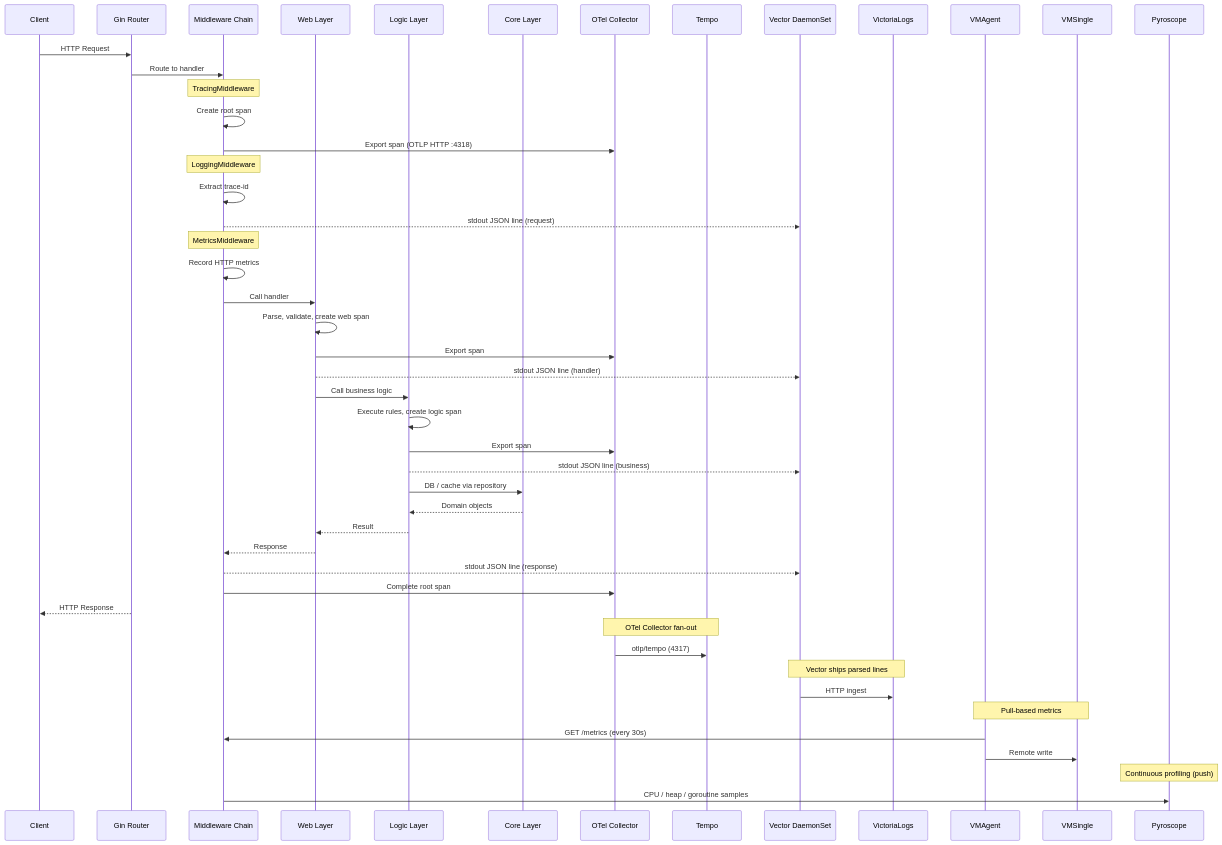
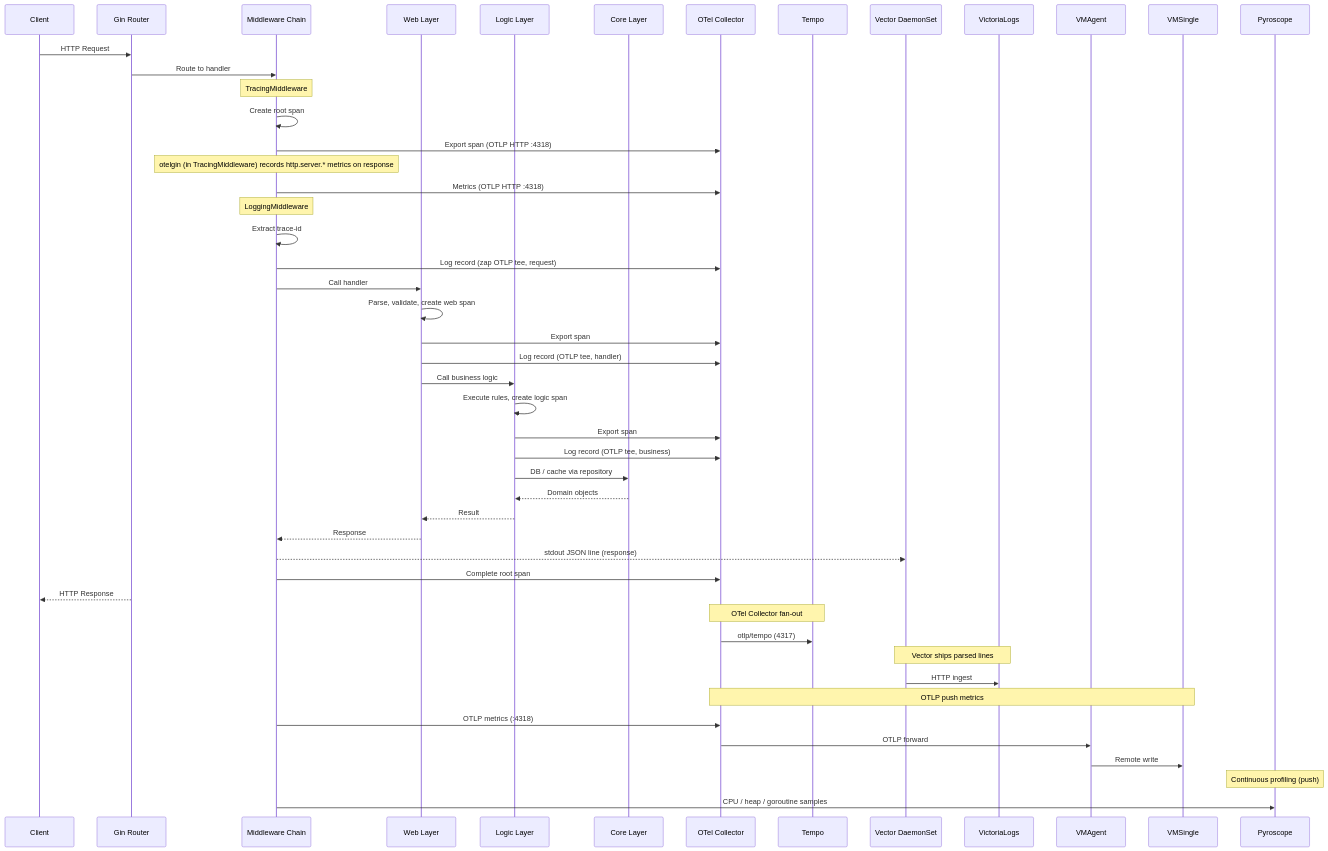
The third of 5 diagrams in docs/observability/README.md (duynhlab/homelab), drawn with Mermaid before and after one commit. The commit also changed other lines of this file and 24 other files, not shown here.

````diff
--- a/docs/observability/README.md
+++ b/docs/observability/README.md
@@ -105,61 +104,62 @@
 ```mermaid
 sequenceDiagram
     participant Client
     participant Gin as Gin Router
     participant MW as Middleware Chain
     participant Web as Web Layer
     participant Logic as Logic Layer
     participant Core as Core Layer
     participant OTel as OTel Collector
     participant Tempo
     participant Vector as Vector DaemonSet
     participant VLogs as VictoriaLogs
     participant VMAgent
     participant VMSingle
     participant Pyro as Pyroscope
 
     Client->>Gin: HTTP Request
     Gin->>MW: Route to handler
 
     Note over MW: TracingMiddleware
     MW->>MW: Create root span
     MW->>OTel: Export span (OTLP HTTP :4318)
 
+    Note over MW: otelgin (in TracingMiddleware) records http.server.* metrics on response
+    MW->>OTel: Metrics (OTLP HTTP :4318)
+
     Note over MW: LoggingMiddleware
     MW->>MW: Extract trace-id
-    MW-->>Vector: stdout JSON line (request)
-
-    Note over MW: MetricsMiddleware
-    MW->>MW: Record HTTP metrics
+    MW->>OTel: Log record (zap OTLP tee, request)
 
     MW->>Web: Call handler
     Web->>Web: Parse, validate, create web span
     Web->>OTel: Export span
-    Web-->>Vector: stdout JSON line (handler)
+    Web->>OTel: Log record (OTLP tee, handler)
     Web->>Logic: Call business logic
 
     Logic->>Logic: Execute rules, create logic span
     Logic->>OTel: Export span
-    Logic-->>Vector: stdout JSON line (business)
+    Logic->>OTel: Log record (OTLP tee, business)
     Logic->>Core: DB / cache via repository
     Core-->>Logic: Domain objects
 
     Logic-->>Web: Result
     Web-->>MW: Response
     MW-->>Vector: stdout JSON line (response)
     MW->>OTel: Complete root span
     Gin-->>Client: HTTP Response
 
     Note over OTel,Tempo: OTel Collector fan-out
     OTel->>Tempo: otlp/tempo (4317)
 
     Note over Vector,VLogs: Vector ships parsed lines
     Vector->>VLogs: HTTP ingest
 
-    Note over VMAgent,VMSingle: Pull-based metrics
-    VMAgent->>MW: GET /metrics (every 30s)
+    Note over OTel,VMSingle: OTLP push metrics
+    MW->>OTel: OTLP metrics (:4318)
+    OTel->>VMAgent: OTLP forward
     VMAgent->>VMSingle: Remote write
 
     Note over Pyro: Continuous profiling (push)
     MW->>Pyro: CPU / heap / goroutine samples
 ```
````
